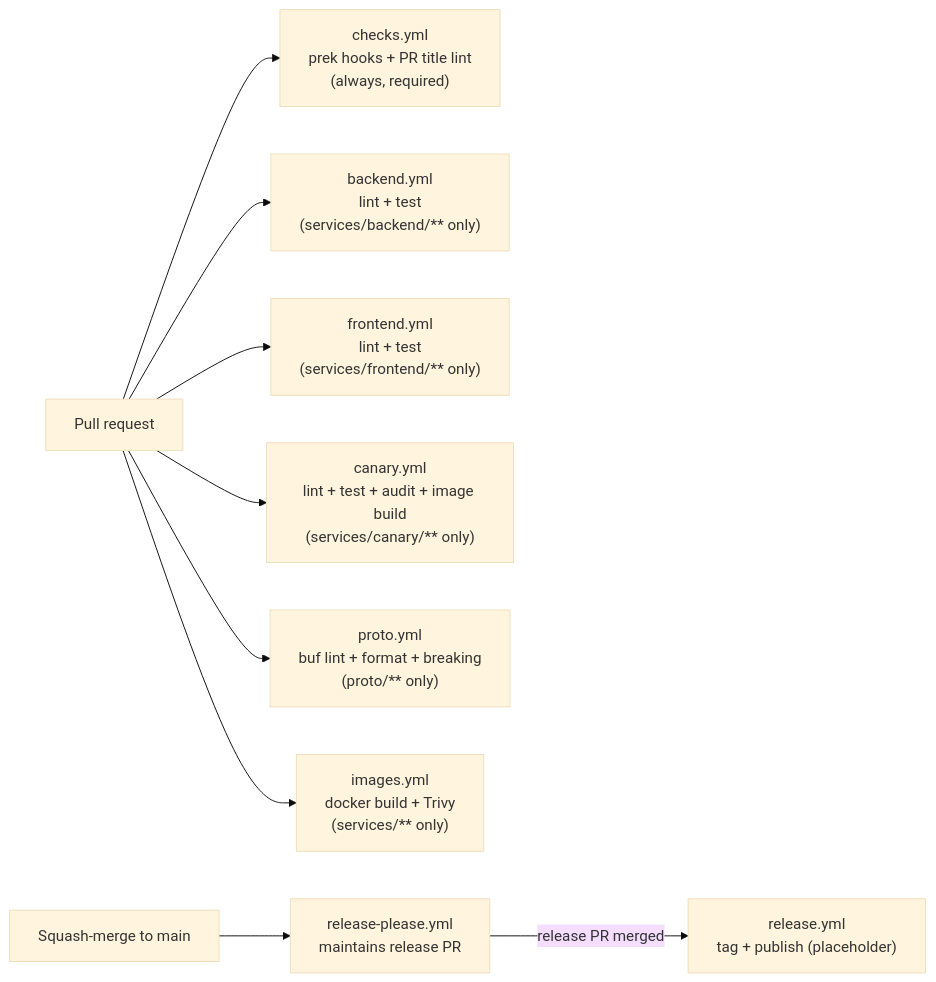
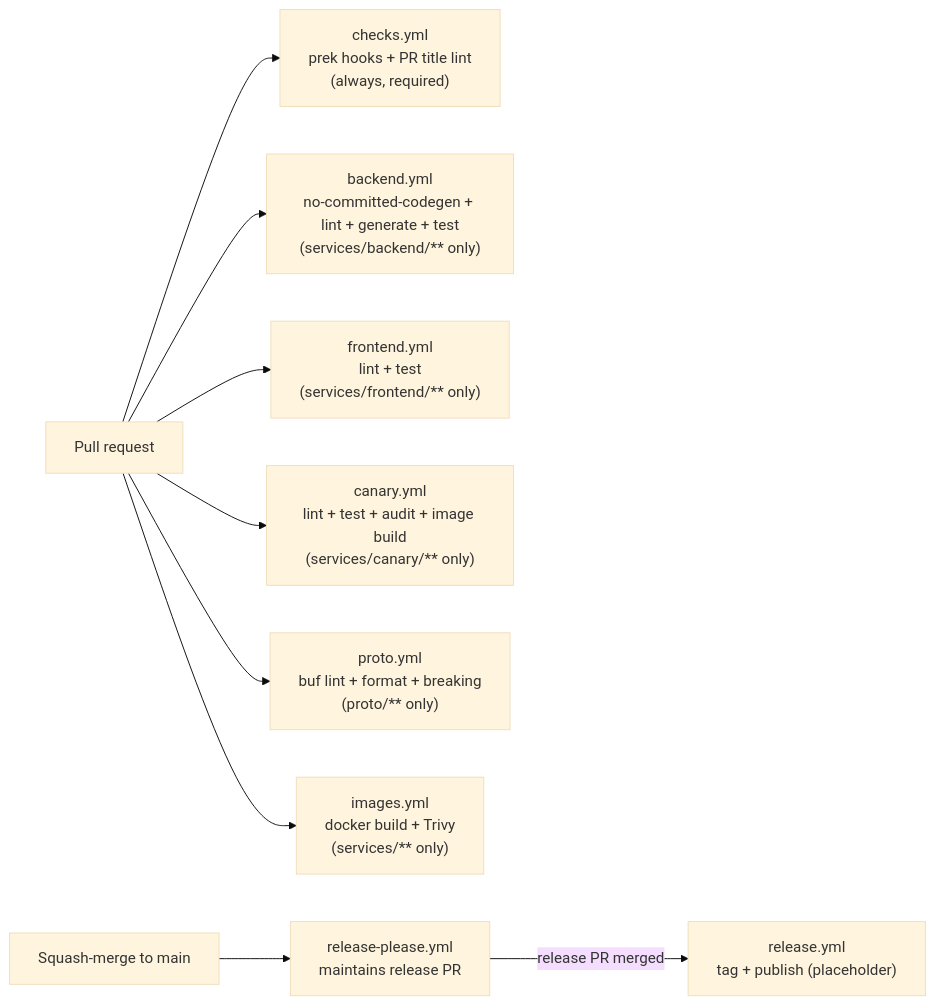
Before and after one commit to vovinacci/devops-demo: the diagram in docs/ci.md, drawn with Mermaid (base theme). The commit also changed other lines of this file and 26 other files, not shown here.

````diff
--- a/docs/ci.md
+++ b/docs/ci.md
@@ -12,11 +12,11 @@
 ```mermaid
 flowchart LR
     pr[Pull request] --> checks["checks.yml<br/>prek hooks + PR title lint<br/>(always, required)"]
-    pr --> be["backend.yml<br/>lint + test<br/>(services/backend/** only)"]
+    pr --> be["backend.yml<br/>no-committed-codegen + lint + generate + test<br/>(services/backend/** only)"]
     pr --> fe["frontend.yml<br/>lint + test<br/>(services/frontend/** only)"]
     pr --> ca["canary.yml<br/>lint + test + audit + image build<br/>(services/canary/** only)"]
     pr --> proto["proto.yml<br/>buf lint + format + breaking<br/>(proto/** only)"]
     pr --> img["images.yml<br/>docker build + Trivy<br/>(services/** only)"]
     merge[Squash-merge to main] --> rp["release-please.yml<br/>maintains release PR"]
     rp -->|release PR merged| rel["release.yml<br/>tag + publish (placeholder)"]
 ```
````
